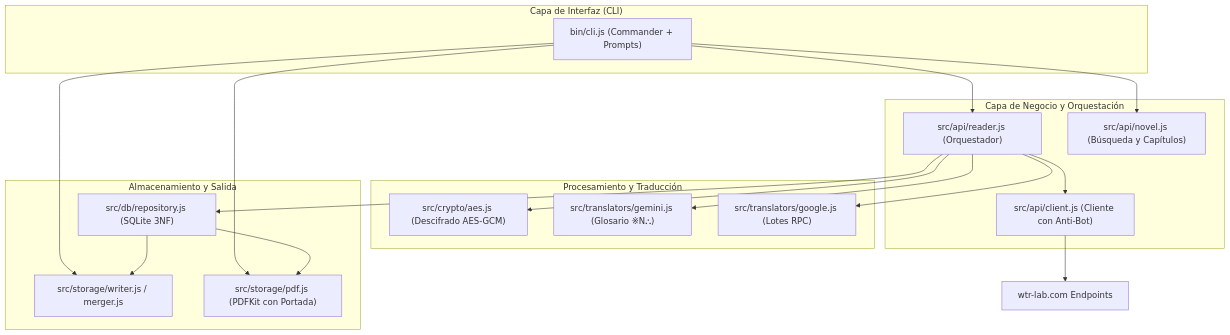
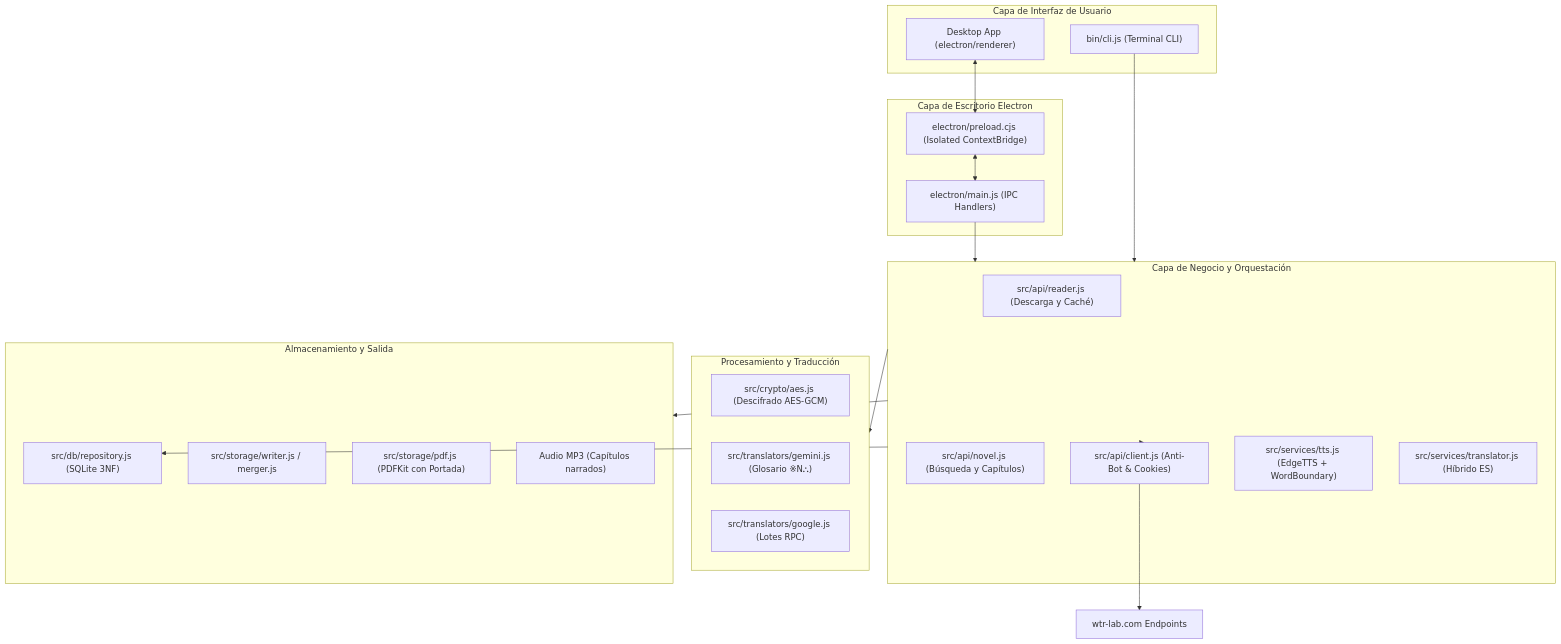
One commit to juanmarcoscabezas/novel-hunter changed the diagram in docs/architecture.md. Above: the diagram before and after it, drawn with Mermaid. The commit also changed other lines of this file and 13 other files, not shown here.

````diff
--- a/docs/architecture.md
+++ b/docs/architecture.md
@@ -9,39 +9,44 @@
 ```mermaid
 flowchart TD
-    subgraph UI ["Capa de Interfaz (CLI)"]
-        CLI["bin/cli.js (Commander + Prompts)"]
+    subgraph UI ["Capa de Interfaz de Usuario"]
+        Electron["Desktop App (electron/renderer)"]
+        CLI["bin/cli.js (Terminal CLI)"]
+    end
+
+    subgraph DesktopBackend ["Capa de Escritorio Electron"]
+        Main["electron/main.js (IPC Handlers)"]
+        Preload["electron/preload.cjs (Isolated ContextBridge)"]
     end
 
     subgraph Core ["Capa de Negocio y Orquestación"]
-        Reader["src/api/reader.js (Orquestador)"]
+        Reader["src/api/reader.js (Descarga y Caché)"]
         NovelAPI["src/api/novel.js (Búsqueda y Capítulos)"]
-        HTTP["src/api/client.js (Cliente con Anti-Bot)"]
+        HTTP["src/api/client.js (Anti-Bot & Cookies)"]
+        TTS["src/services/tts.js (EdgeTTS + WordBoundary)"]
+        TransServ["src/services/translator.js (Híbrido ES)"]
     end
 
     subgraph Engine ["Procesamiento y Traducción"]
         AES["src/crypto/aes.js (Descifrado AES-GCM)"]
         GeminiClean["src/translators/gemini.js (Glosario ※N⛬)"]
         GoogleTrans["src/translators/google.js (Lotes RPC)"]
     end
 
     subgraph Storage ["Almacenamiento y Salida"]
         DB["src/db/repository.js (SQLite 3NF)"]
         TXT["src/storage/writer.js / merger.js"]
         PDF["src/storage/pdf.js (PDFKit con Portada)"]
+        MP3["Audio MP3 (Capítulos narrados)"]
     end
 
-    CLI --> NovelAPI
-    CLI --> Reader
-    Reader --> DB
-    Reader --> HTTP
+    Electron <--> Preload
+    Preload <--> Main
+    Main --> Core
+    CLI --> Core
+
+    Core --> DB
+    Core --> HTTP
+    Core --> Engine
+    Core --> Storage
     HTTP --> WTR["wtr-lab.com Endpoints"]
-
-    Reader --> GeminiClean
-    Reader --> AES
-    Reader --> GoogleTrans
-
-    CLI --> TXT
-    CLI --> PDF
-    DB --> TXT
-    DB --> PDF
 ```
````
